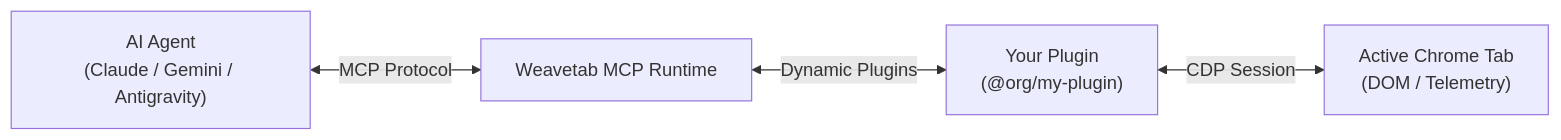
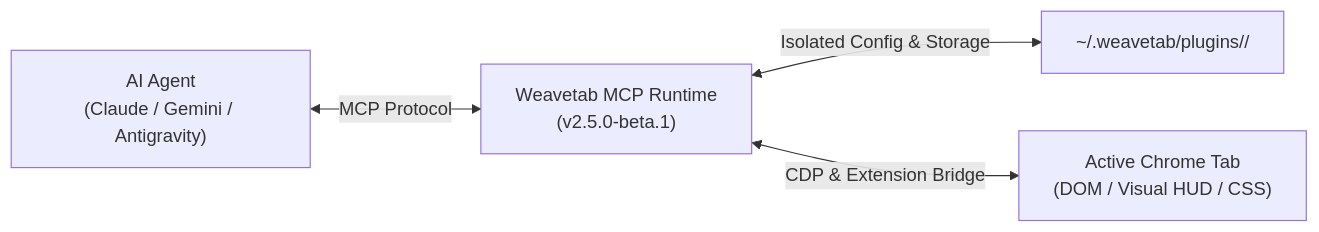
The diagram in docs/dev_plugin.md (Weavetab/mcp), drawn with Mermaid before and after one commit. The commit also changed other lines of this file and 39 other files, not shown here.

````diff
--- a/docs/dev_plugin.md
+++ b/docs/dev_plugin.md
@@ -11,6 +16,6 @@
 ```mermaid
 flowchart LR
-    AI["AI Agent\n(Claude / Gemini / Antigravity)"] <-->|MCP Protocol| WT["Weavetab MCP Runtime"]
-    WT <-->|Dynamic Plugins| P["Your Plugin\n(@org/my-plugin)"]
-    P <-->|CDP Session| Chrome["Active Chrome Tab\n(DOM / Telemetry)"]
+    AI["AI Agent\n(Claude / Gemini / Antigravity)"] <-->|MCP Protocol| Runtime["Weavetab MCP Runtime\n(v2.5.0-beta.1)"]
+    Runtime <-->|Isolated Config & Storage| Storage["~/.weavetab/plugins/<name>/"]
+    Runtime <-->|CDP & Extension Bridge| Chrome["Active Chrome Tab\n(DOM / Visual HUD / CSS)"]
 ```
````
